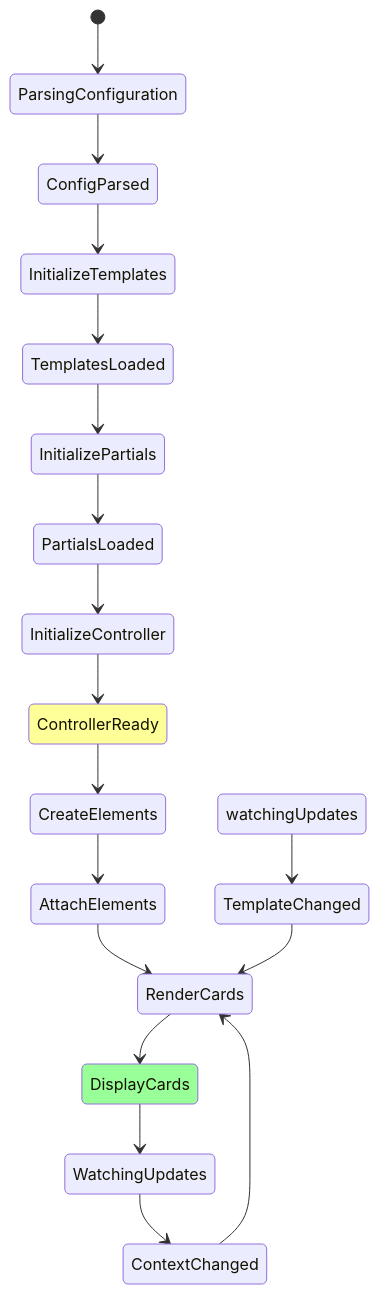
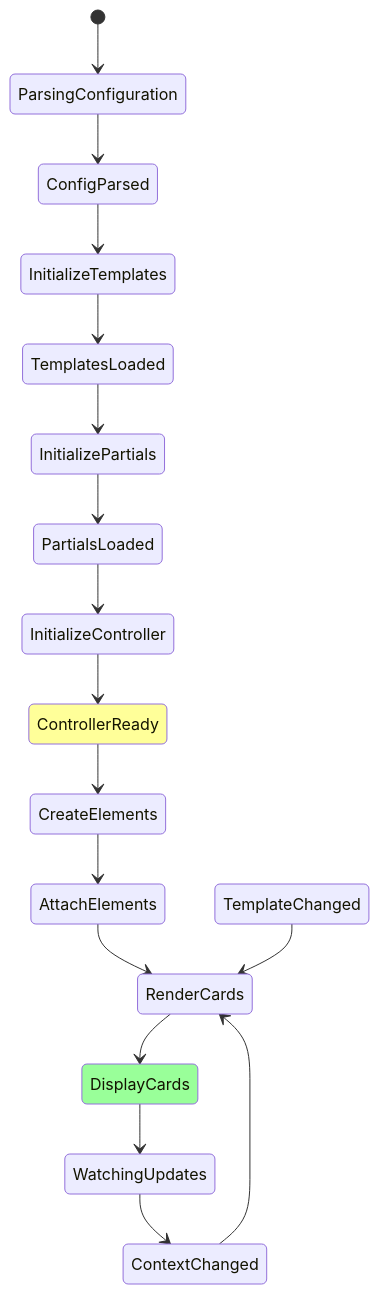
Diagram 22 of 22 in docs_site/api-evolution.md (daredoes/linked-lovelace-ui), drawn with Mermaid before and after one commit. The commit also changed other lines of this file and 1 other file, not shown here.

First line of the commit message:
Fix all Mermaid diagram syntax errors for v11.12.3 compatibility

````diff
--- a/docs_site/api-evolution.md
+++ b/docs_site/api-evolution.md
@@ -561,32 +554,31 @@
 ```mermaid
 stateDiagram
     [*] --> ParsingConfiguration
     
     ParsingConfiguration --> ConfigParsed
     
     ConfigParsed --> InitializeTemplates
     InitializeTemplates --> TemplatesLoaded
     
     TemplatesLoaded --> InitializePartials
     InitializePartials --> PartialsLoaded
     
     PartialsLoaded --> InitializeController
     InitializeController --> ControllerReady
     
     ControllerReady --> CreateElements
     CreateElements --> AttachElements
     AttachElements --> RenderCards
     
     RenderCards --> DisplayCards
     
     DisplayCards --> WatchingUpdates
     
     WatchingUpdates --> ContextChanged
     ContextChanged --> RenderCards
     
-    watchingUpdates --> TemplateChanged
     TemplateChanged --> RenderCards
     
     style ControllerReady fill:#ff9
     style DisplayCards fill:#9f9
 ```
````
